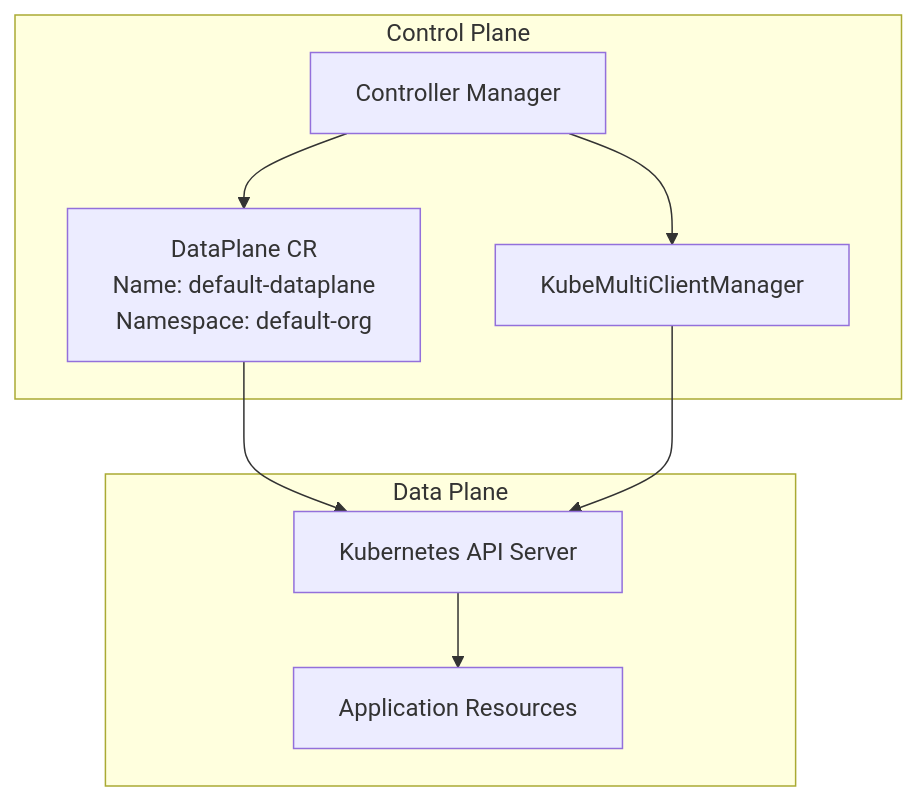
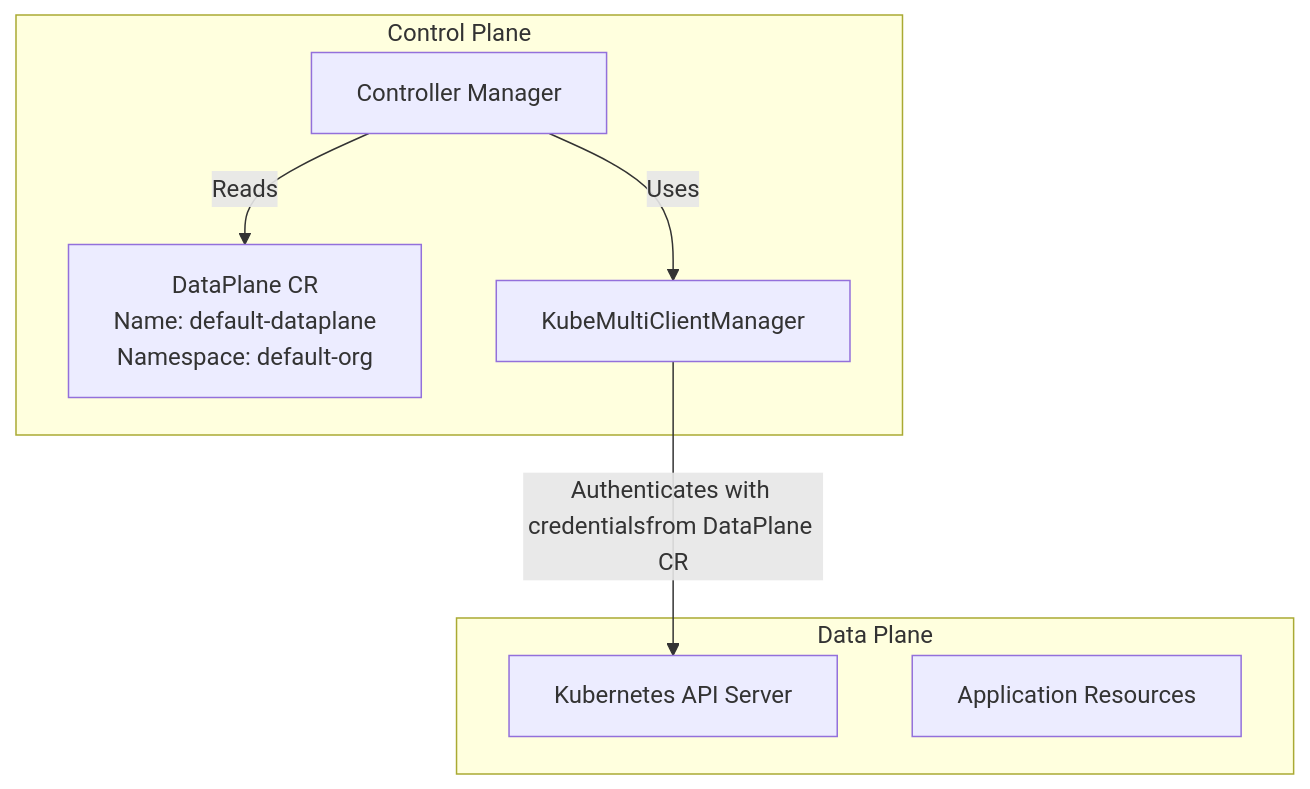
Before and after one commit to openchoreo/openchoreo: the third of 5 diagrams in docs/deepwiki/Multi-Cluster-Installation.md, drawn with Mermaid. The commit also changed other lines of this file and 85 other files, not shown here.

Commit message:
feat: Add new workflow and specification templates, update Helm chart dependencies, and clarify documentation diagrams.

````diff
--- a/docs/deepwiki/Multi-Cluster-Installation.md
+++ b/docs/deepwiki/Multi-Cluster-Installation.md
@@ -265,26 +263,24 @@
 ```mermaid
 flowchart TD
 
 DP_CR["DataPlane CR<br>Name: default-dataplane<br>Namespace: default-org"]
 MGR["Controller Manager"]
 MultiClient["KubeMultiClientManager"]
 K8s_API["Kubernetes API Server"]
 Resources["Application Resources"]
 
-DP_CR --> K8s_API
-MultiClient --> K8s_API
+MultiClient -->|"Authenticates with credentialsfrom DataPlane CR"| K8s_API
 
 subgraph subGraph1 ["Data Plane"]
     K8s_API
     Resources
-    K8s_API --> Resources
 end
 
 subgraph subGraph0 ["Control Plane"]
     DP_CR
     MGR
     MultiClient
-    MGR --> DP_CR
-    MGR --> MultiClient
+    MGR -->|"Reads"| DP_CR
+    MGR -->|"Uses"| MultiClient
 end
 ```
````
